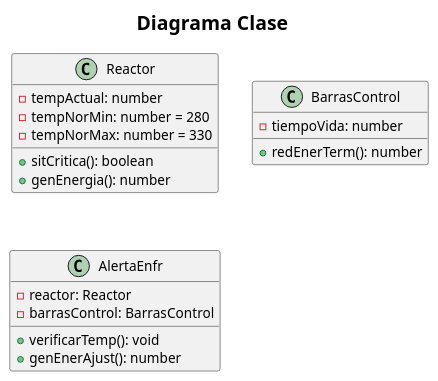
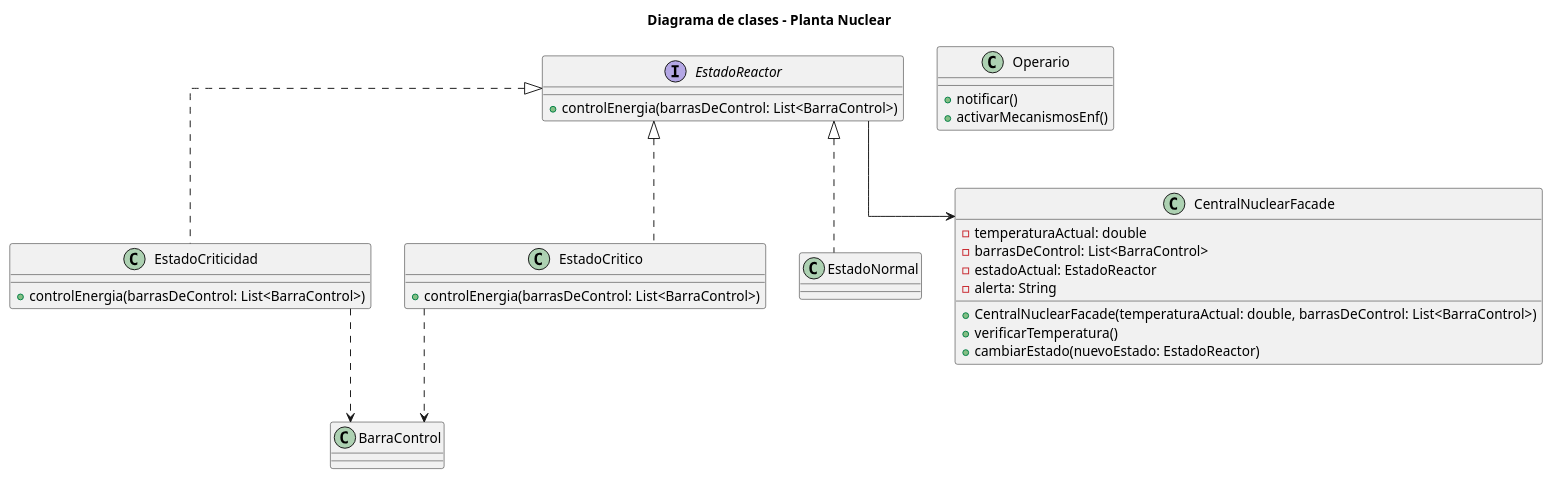
The diagram in diagramas/clase.puml (NarDevGH/UTN-Labo3-TP-El_Reactor_Nuclear), drawn with PlantUML before and after one commit.

Commit message:
nuevo_diag

```diff
--- a/diagramas/clase.puml
+++ b/diagramas/clase.puml
@@ -1,35 +1,50 @@
-@startuml Diagrama Clase
+@startuml
 
-skinparam linetype ortho
-skinparam arrow {
-    Thickness 1
-}
-skinparam TitleFontSize 20
+skinparam Linetype ortho
 
-title Diagrama Clase
+title "Diagrama de clases - Planta Nuclear"
 
-class Reactor {
-- tempActual: number
-- tempNorMin: number = 280
-- tempNorMax: number = 330
-
-' setters y getters
-+ sitCritica(): boolean
-+ genEnergia(): number
+interface EstadoReactor {
+    +controlEnergia(barrasDeControl: List<BarraControl>)
 }
 
-class BarrasControl {
-- tiempoVida: number
 
-+ redEnerTerm(): number
+class EstadoCriticidad implements EstadoReactor{
+    +controlEnergia(barrasDeControl: List<BarraControl>)
 }
 
-class AlertaEnfr {
-    - reactor: Reactor
-    - barrasControl: BarrasControl
-
-    + verificarTemp(): void
-    + genEnerAjust(): number
+class EstadoCritico implements EstadoReactor{
+    +controlEnergia(barrasDeControl: List<BarraControl>)
 }
 
+class EstadoNormal implements EstadoReactor{}
+
+
+
+class Operario {
+
+    + notificar()
+    + activarMecanismosEnf()
+}
+
+' uso de Facade 
+class CentralNuclearFacade {
+    -temperaturaActual: double
+    -barrasDeControl: List<BarraControl>
+    -estadoActual: EstadoReactor
+    -alerta: String
+
+    +CentralNuclearFacade(temperaturaActual: double, barrasDeControl: List<BarraControl>)
+    +verificarTemperatura()
+    +cambiarEstado(nuevoEstado: EstadoReactor)
+}
+
+
+
+
+EstadoCritico ..> BarraControl
+EstadoCriticidad ..> BarraControl
+
+EstadoReactor -->  CentralNuclearFacade
+
 @enduml
```
